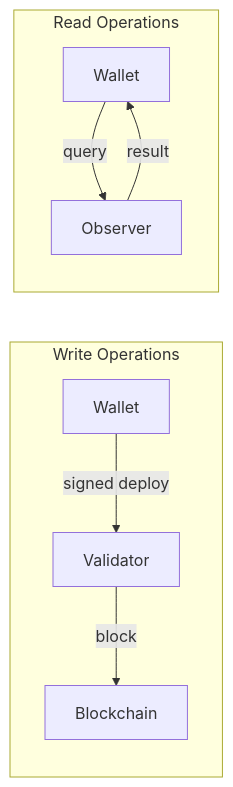
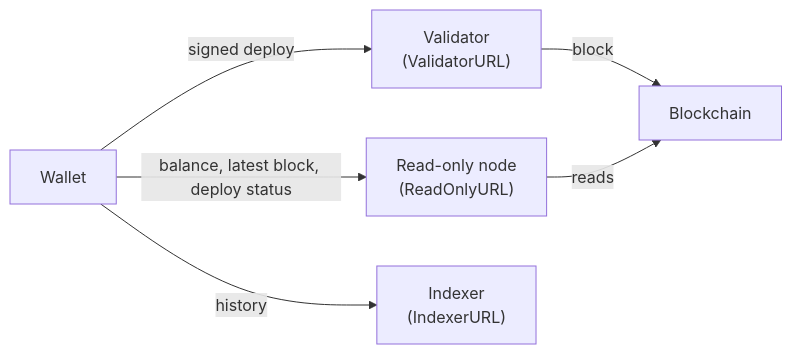
The diagram in architecture/sequence-diagrams/index.md (asi-alliance/asi-chain-docs-portal), drawn with Mermaid before and after one commit. The commit also changed other lines of this file, not shown here.

Commit message:
[AS-913] Rewrite sequence diagrams index with node roles and calls

````diff
--- a/architecture/sequence-diagrams/index.md
+++ b/architecture/sequence-diagrams/index.md
@@ -35,12 +39,13 @@
 ```mermaid
 graph LR
-    subgraph "Write Operations"
-        W1[Wallet] --> |signed deploy| V[Validator]
-        V --> |block| BC[Blockchain]
-    end
-    
-    subgraph "Read Operations"
-        W2[Wallet] --> |query| R[Observer]
-        R --> |result| W2
-    end
+    W[Wallet]
+    V["Validator<br/>(ValidatorURL)"]
+    R["Read-only node<br/>(ReadOnlyURL)"]
+    I["Indexer<br/>(IndexerURL)"]
+
+    W --> |"signed deploy"| V
+    W --> |"balance, latest block, deploy status"| R
+    W --> |"history"| I
+    V --> |"block"| BC[Blockchain]
+    R --> |"reads"| BC
 ```
````
